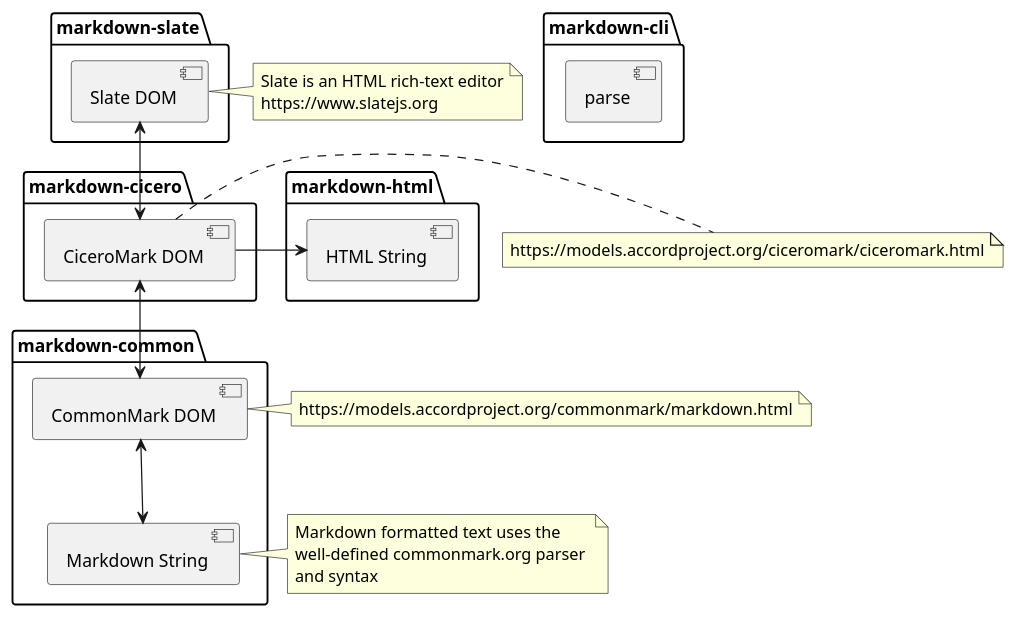
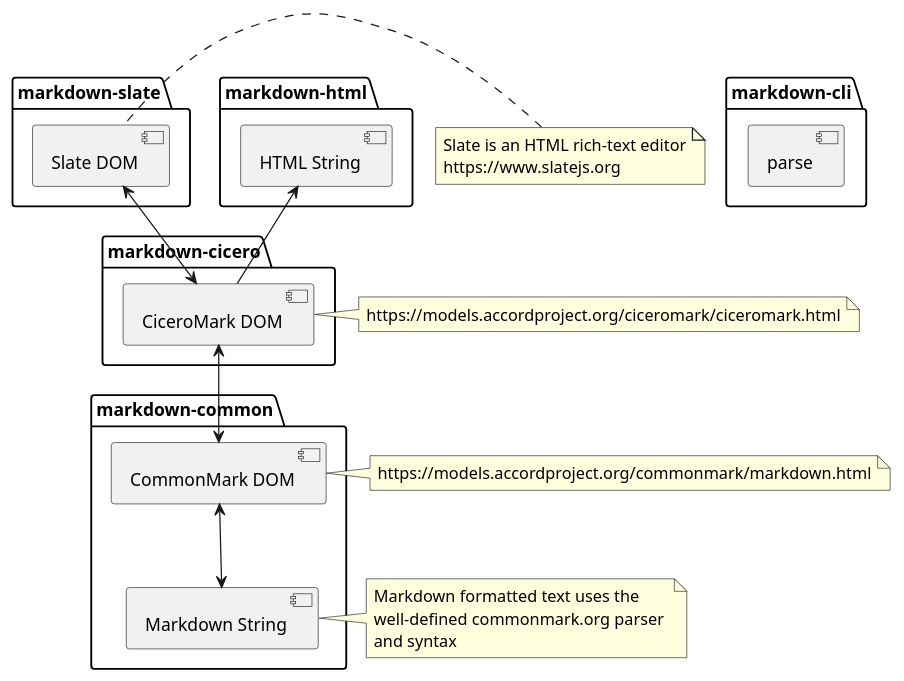
The diagram in architecture.puml (accordproject/markdown-transform), drawn with PlantUML before and after one commit. The commit also changed 1 other file, not shown here.

Commit message:
fix(doc) Update architecture diagram

```diff
--- a/architecture.puml
+++ b/architecture.puml
@@ -1,43 +1,40 @@
 @startuml
-
 package "markdown-cli" {
   [parse]
 }
 
 package "markdown-common" {
   [Markdown String] <-up-> [CommonMark DOM]
 }
 
 note right of [CommonMark DOM]
   https://models.accordproject.org/commonmark/markdown.html
 end note
 
 note right of [Markdown String]
   Markdown formatted text uses the 
   well-defined commonmark.org parser 
   and syntax
 end note
 
 package "markdown-cicero" {
   [CommonMark DOM] <-up-> [CiceroMark DOM]
 }
 
-package "markdown-html" {
-  [CiceroMark DOM] -> [HTML String]
-}
-
-note right of [CiceroMark DOM]
+note left of [CiceroMark DOM]
   https://models.accordproject.org/ciceromark/ciceromark.html
 end note
 
 package "markdown-slate" {
   [CiceroMark DOM] <-up-> [Slate DOM]
 }
 
-note right of [Slate DOM]
+note left of [Slate DOM]
   Slate is an HTML rich-text editor
   https://www.slatejs.org
 end note
 
-
+package "markdown-html" {
+  [CiceroMark DOM] -up-> [HTML String]
+}
 @enduml
```
